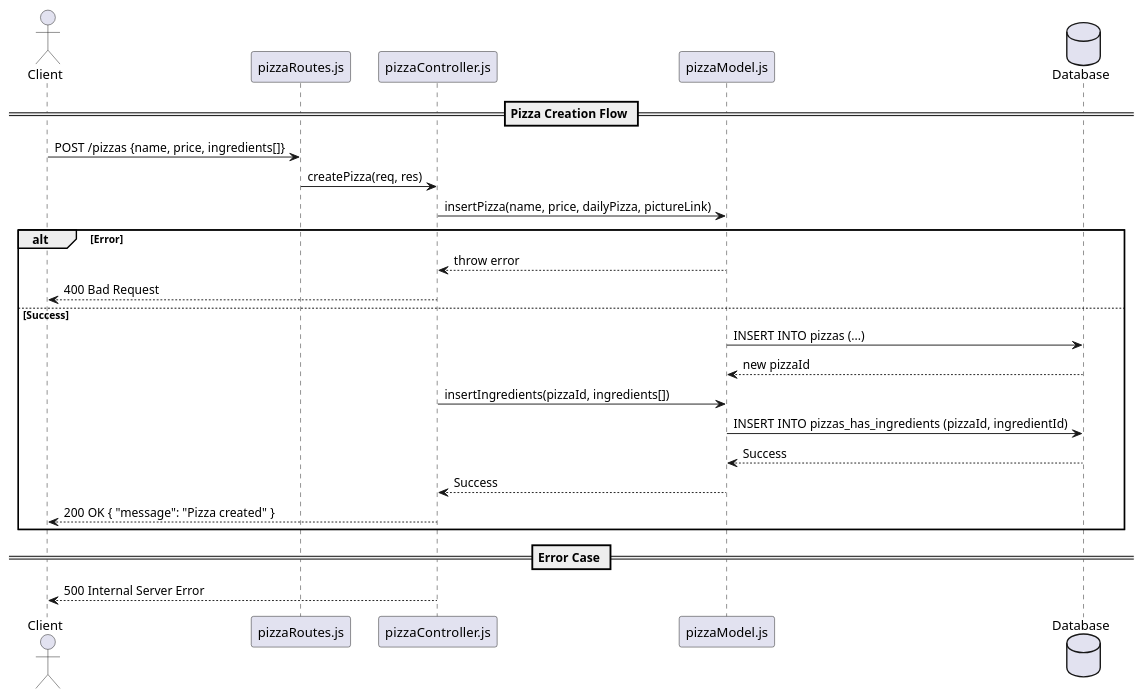
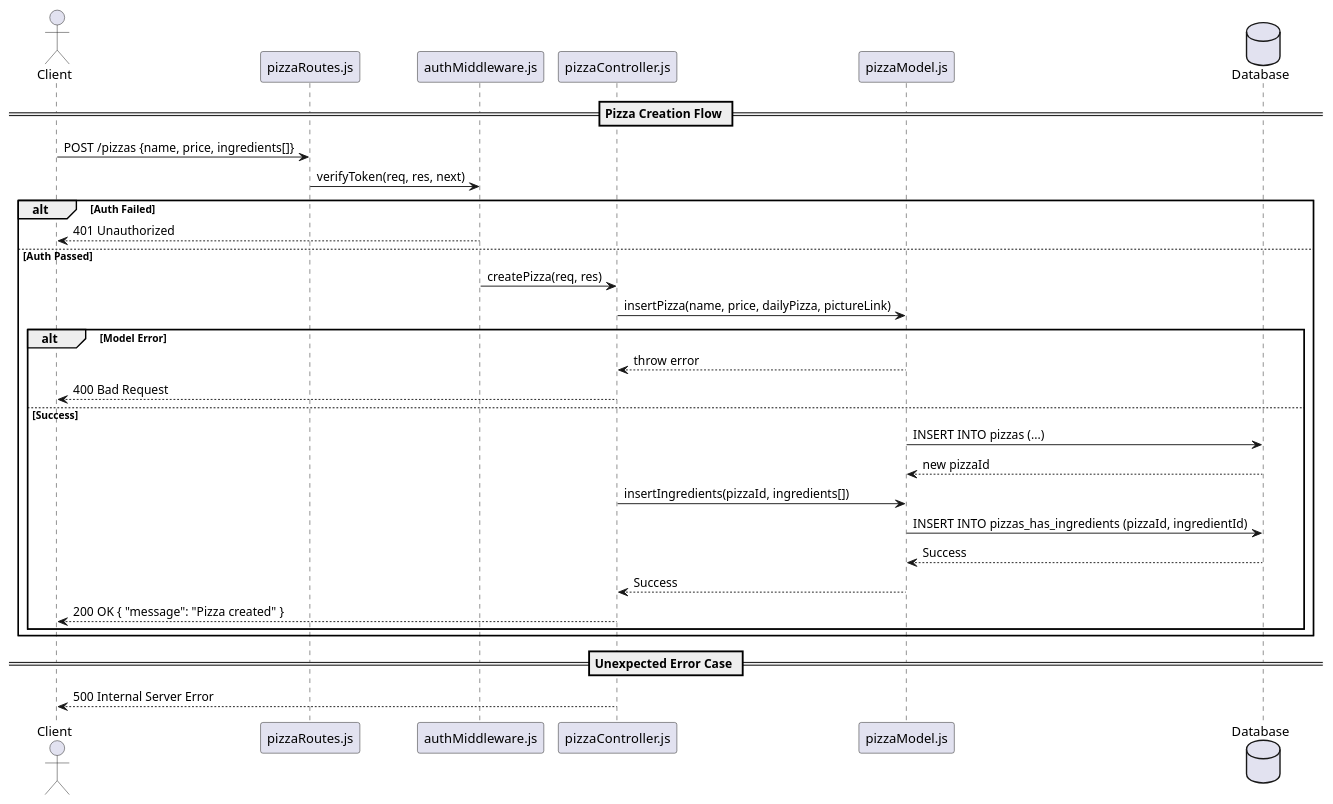
Before and after one commit to JoeliusX/I321_Joel_Tebe: the diagram in docs/product_post.puml, drawn with PlantUML.

Commit message:
doc diagram modified

```diff
--- a/docs/product_post.puml
+++ b/docs/product_post.puml
@@ -1,31 +1,37 @@
 @startuml
 actor Client
 participant "pizzaRoutes.js" as Route
+participant "authMiddleware.js" as Auth
 participant "pizzaController.js" as Controller
 participant "pizzaModel.js" as Model
 database "Database" as DB
 
 == Pizza Creation Flow ==
 
 Client -> Route : POST /pizzas {name, price, ingredients[]}
-Route -> Controller : createPizza(req, res)
-Controller -> Model : insertPizza(name, price, dailyPizza, pictureLink)
+Route -> Auth : verifyToken(req, res, next)
 
-alt Error
-    Model --> Controller : throw error
-    Controller --> Client : 400 Bad Request
+alt Auth Failed
+    Auth --> Client : 401 Unauthorized
+else Auth Passed
+    Auth -> Controller : createPizza(req, res)
+    Controller -> Model : insertPizza(name, price, dailyPizza, pictureLink)
 
-else Success
-    Model -> DB : INSERT INTO pizzas (...)
-    DB --> Model : new pizzaId
-    Controller -> Model : insertIngredients(pizzaId, ingredients[])
-    Model -> DB : INSERT INTO pizzas_has_ingredients (pizzaId, ingredientId)
-    DB --> Model : Success
-    Model --> Controller : Success
-    Controller --> Client : 200 OK { "message": "Pizza created" }
+    alt Model Error
+        Model --> Controller : throw error
+        Controller --> Client : 400 Bad Request
+    else Success
+        Model -> DB : INSERT INTO pizzas (...)
+        DB --> Model : new pizzaId
+        Controller -> Model : insertIngredients(pizzaId, ingredients[])
+        Model -> DB : INSERT INTO pizzas_has_ingredients (pizzaId, ingredientId)
+        DB --> Model : Success
+        Model --> Controller : Success
+        Controller --> Client : 200 OK { "message": "Pizza created" }
+    end
 end
 
-== Error Case ==
+== Unexpected Error Case ==
+Controller --> Client : 500 Internal Server Error
 
-Controller --> Client : 500 Internal Server Error
 @enduml
```
